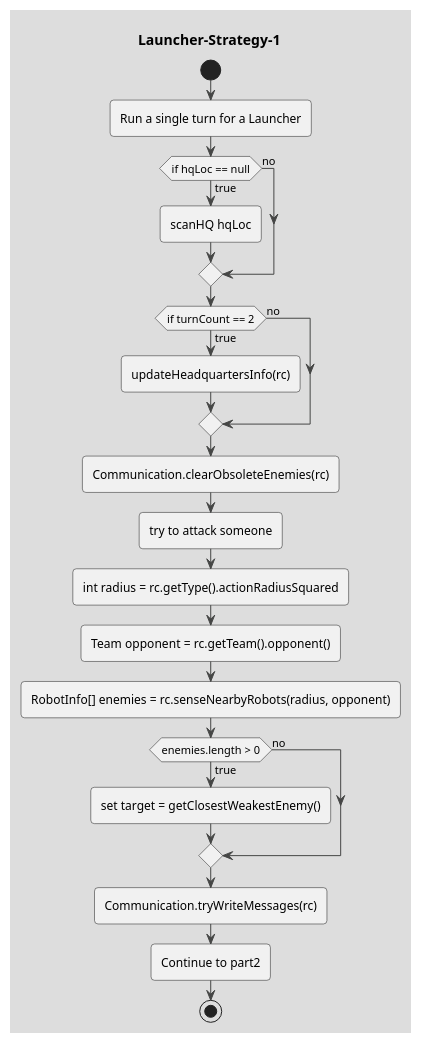
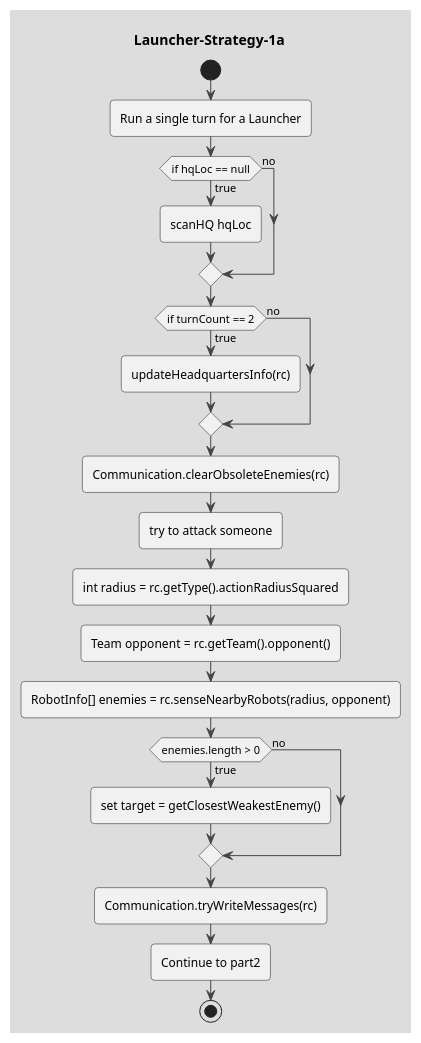
The diagram in drawings/Launcher-Strategy-1.puml (coding-to-music/plantuml-diagram-examples), drawn with PlantUML before and after one commit. The commit also changed 2 other files, not shown here.

```diff
--- a/drawings/Launcher-Strategy-1.puml
+++ b/drawings/Launcher-Strategy-1.puml
@@ -1,40 +1,40 @@
-@startuml Launcher-Strategy-1
+@startuml Launcher-Strategy-1a
 !theme toy 
-title Launcher-Strategy-1
+title Launcher-Strategy-1a
 start
 
 :Run a single turn for a Launcher; 
 
 if (if hqLoc == null) then (true) 
     :scanHQ hqLoc; 
 else (no)
 endif
 
 if (if turnCount == 2) then (true) 
     :updateHeadquartersInfo(rc); 
 else (no)
 endif
 
 :Communication.clearObsoleteEnemies(rc);
 
 ' if (if goalLoc == null) then (true) 
 '     :setGoal(rc); 
 ' else (no)
 ' endif
 
 :try to attack someone;
 
 :int radius = rc.getType().actionRadiusSquared;
 :Team opponent = rc.getTeam().opponent();
 :RobotInfo[] enemies = rc.senseNearbyRobots(radius, opponent);
 
 if (enemies.length > 0) then (true)
     :set target = getClosestWeakestEnemy(); 
 else (no)
 endif
 
 :Communication.tryWriteMessages(rc);
 
 :Continue to part2; 
 stop
 @enduml
```
